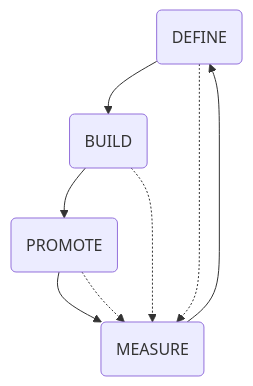
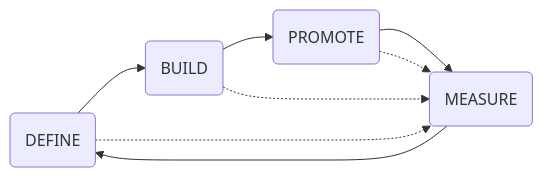
Before and after one commit to ContinuousEngineeringProject/ContinuousEngineeringProject.github.io: the first of 3 diagrams in docs/factory_pipelines.md, drawn with Mermaid. The commit also changed other lines of this file, not shown here.

Commit message:
doc: add engineering pipeline diagram

````diff
--- a/docs/factory_pipelines.md
+++ b/docs/factory_pipelines.md
@@ -3,10 +3,9 @@
 ```mermaid
-flowchart TD
-  id1(DEFINE) --> id2(BUILD)
-  id2 --> id3(PROMOTE)
-  id3 --> id4(MEASURE)
-  id4 --> id1
-  id1 -.-> id4
-  id2 -.-> id4
-  id3 -.-> id4
+flowchart LR
+  id1(DEFINE)
+  id2(BUILD)
+  id3(PROMOTE)
+  id4(MEASURE)
+  id1 --> id2 --> id3 --> id4 --> id1
+  id1 & id2 & id3 -.-> id4
 ```
````
